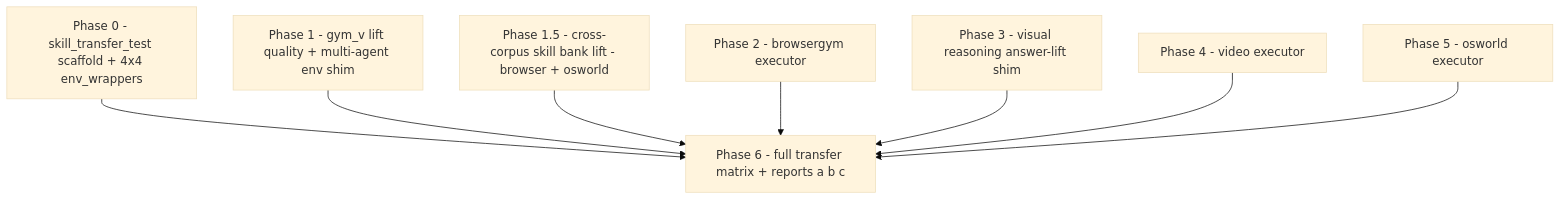
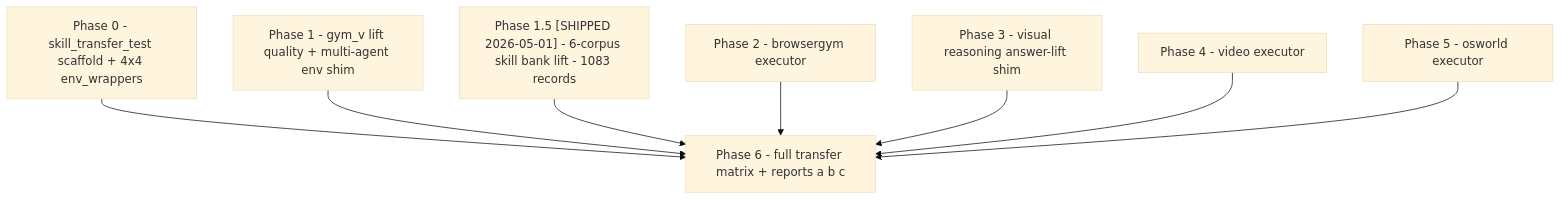
The diagram in implementation_notes/cross-domain-transfer-suite-rollout.md (wuxiyang1996/Multi-hop-Reasoning-VLM-Agent), drawn with Mermaid (base theme) before and after one commit. The commit also changed other lines of this file and 1 other file, not shown here.

First line of the commit message:
docs(skill_transfer_test): refresh extract/README + rollout memo to match shipped state

````diff
--- a/implementation_notes/cross-domain-transfer-suite-rollout.md
+++ b/implementation_notes/cross-domain-transfer-suite-rollout.md
@@ -55,18 +55,18 @@
 ```mermaid
 flowchart TB
     P0["Phase 0 - skill_transfer_test scaffold + 4x4 env_wrappers"]
     P1["Phase 1 - gym_v lift quality + multi-agent env shim"]
-    P15["Phase 1.5 - cross-corpus skill bank lift - browser + osworld"]
+    P15["Phase 1.5 [SHIPPED 2026-05-01] - 6-corpus skill bank lift - 1083 records"]
     P2["Phase 2 - browsergym executor"]
     P3["Phase 3 - visual reasoning answer-lift shim"]
     P4["Phase 4 - video executor"]
     P5["Phase 5 - osworld executor"]
     P6["Phase 6 - full transfer matrix + reports a b c"]
     P0 --> P6
     P1 --> P6
     P15 --> P6
     P2 --> P6
     P3 --> P6
     P4 --> P6
     P5 --> P6
 ```
````
